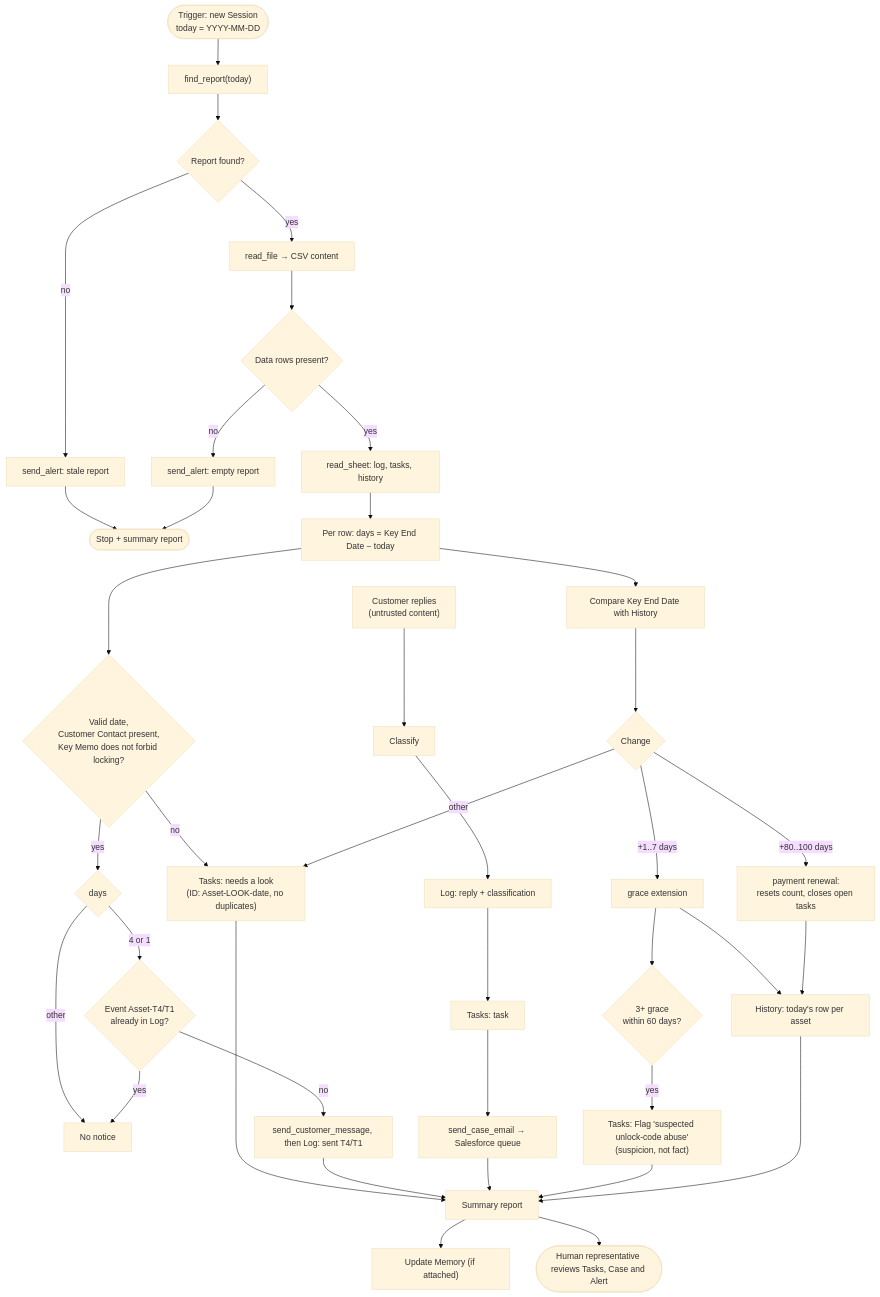
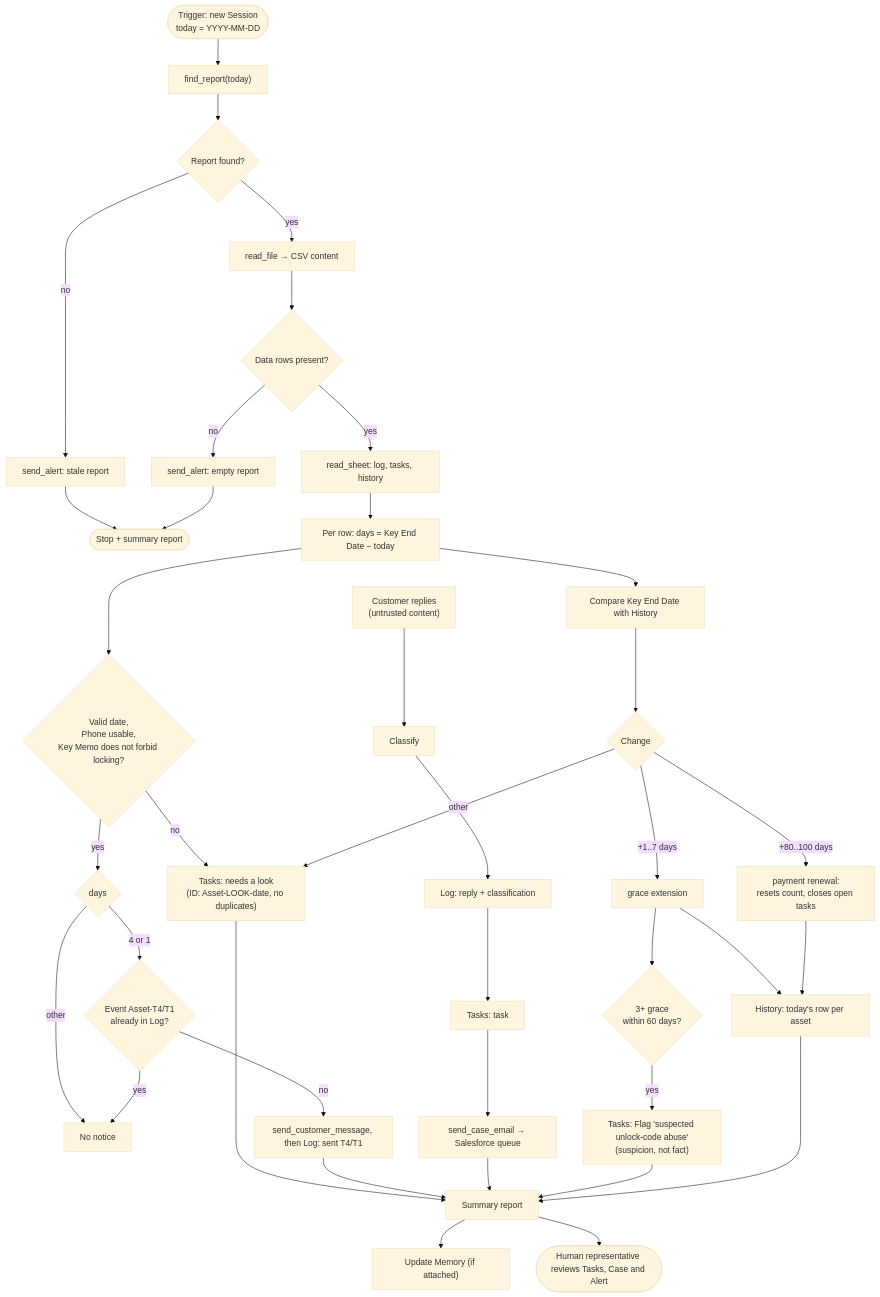
Before and after one commit to asaeltaragan-cpu/Time_limit: the third of 4 diagrams in Architecture.md, drawn with Mermaid (base theme). The commit also changed other lines of this file and 2 other files, not shown here.

Commit message:
Use Phone column from the real report; phone normalization rules
Claude-Session: https://claude.ai/code/session_01Hx6Yuhrt1W5gPy5CvEgPk2

````diff
--- a/Architecture.md
+++ b/Architecture.md
@@ -110,42 +110,42 @@
 ```mermaid
 flowchart TD
     START(["Trigger: new Session<br/>today = YYYY-MM-DD"]) --> FIND["find_report(today)"]
     FIND --> FOUND{"Report found?"}
     FOUND -- "no" --> A1["send_alert: stale report"] --> END1(["Stop + summary report"])
     FOUND -- "yes" --> READ["read_file → CSV content"]
     READ --> EMPTY{"Data rows present?"}
     EMPTY -- "no" --> A2["send_alert: empty report"] --> END1
     EMPTY -- "yes" --> SHEETS["read_sheet: log, tasks, history"]
 
     SHEETS --> ROW["Per row: days = Key End Date − today"]
-    ROW --> VALID{"Valid date,<br/>Customer Contact present,<br/>Key Memo does not forbid locking?"}
+    ROW --> VALID{"Valid date,<br/>Phone usable,<br/>Key Memo does not forbid locking?"}
     VALID -- "no" --> LOOK["Tasks: needs a look<br/>(ID: Asset-LOOK-date, no duplicates)"]
     VALID -- "yes" --> DAYS{"days"}
     DAYS -- "4 or 1" --> DUP{"Event Asset-T4/T1<br/>already in Log?"}
     DAYS -- "other" --> NONE["No notice"]
     DUP -- "yes" --> NONE
     DUP -- "no" --> LOGW["send_customer_message, then Log: sent T4/T1"]
 
     REPLIES["Customer replies<br/>(untrusted content)"] --> CLS["Classify"]
     CLS --> LOGR["Log: reply + classification"]
     LOGR --> TASKR["Tasks: task"]
     TASKR --> CASE["send_case_email → Salesforce queue"]
 
     ROW --> CMP["Compare Key End Date with History"]
     CMP --> KIND{"Change"}
     KIND -- "+1..7 days" --> GRACE["grace extension"]
     KIND -- "+80..100 days" --> RENEW["payment renewal:<br/>resets count, closes open tasks"]
     KIND -- "other" --> LOOK
     GRACE --> HISTW["History: today's row per asset"]
     RENEW --> HISTW
     GRACE --> ABUSE{"3+ grace<br/>within 60 days?"}
     ABUSE -- "yes" --> FLAG["Tasks: Flag 'suspected unlock-code abuse'<br/>(suspicion, not fact)"]
 
     LOOK --> REPORT
     LOGW --> REPORT
     CASE --> REPORT
     FLAG --> REPORT
     HISTW --> REPORT["Summary report"]
     REPORT --> MEMW["Update Memory (if attached)"]
     REPORT --> HUMAN(["Human representative reviews Tasks, Case and Alert"])
 ```
````
